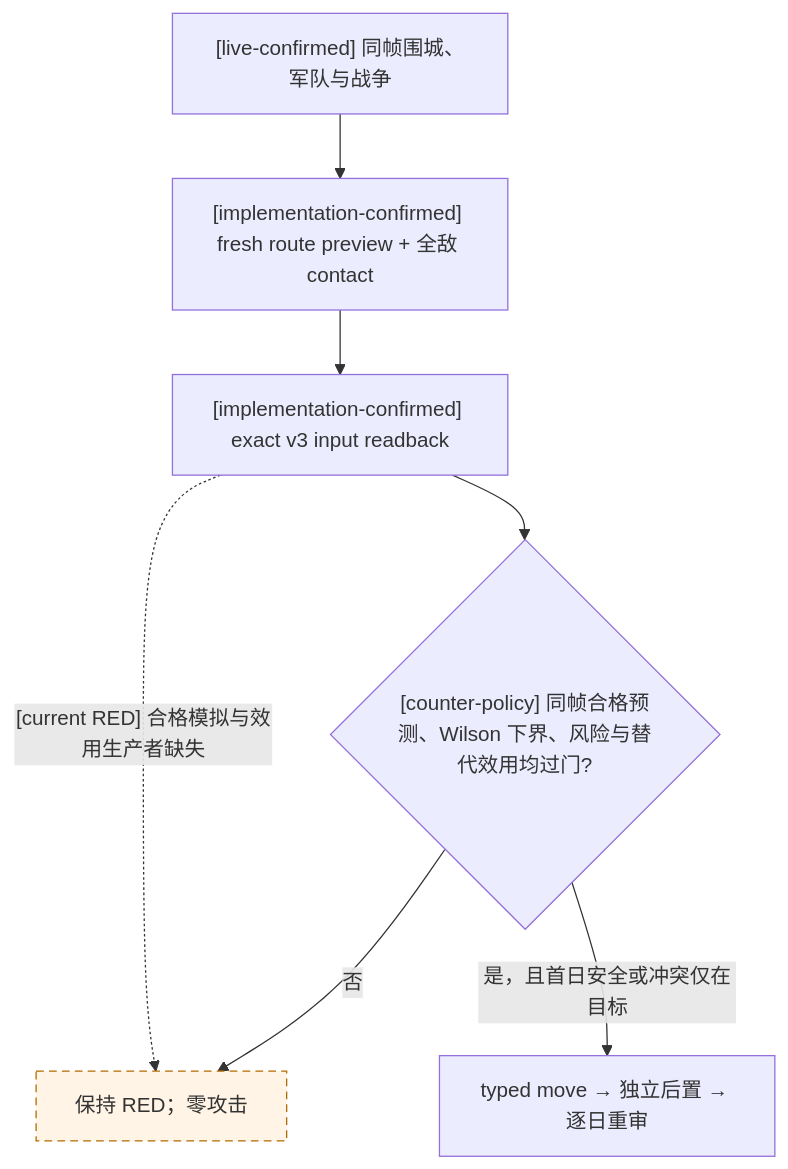
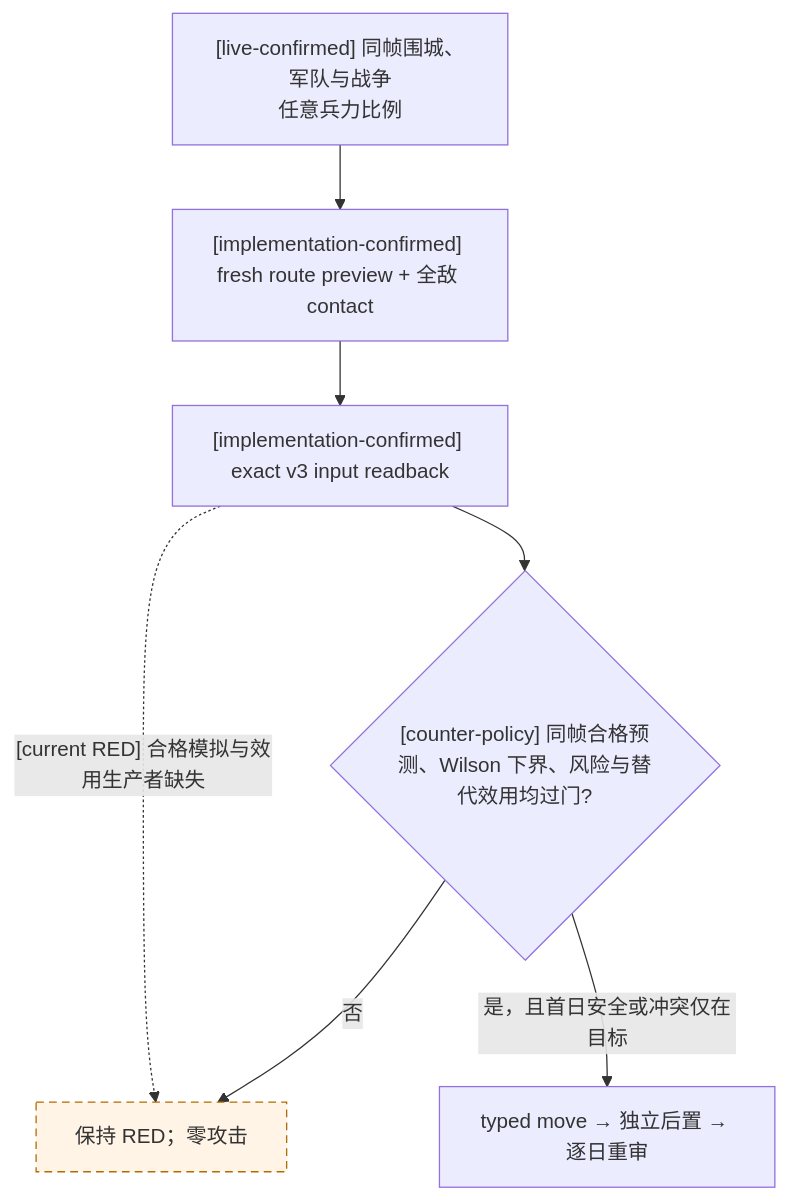
One commit to XenoAmess/ck3_eternal_recurrence changed diagram 12 of 12 in docs/ck3-native-ai/player-counterpolicy.md. Above: the diagram before and after it, drawn with Mermaid. The commit also changed other lines of this file and 3 other files, not shown here.

````diff
--- a/docs/ck3-native-ai/player-counterpolicy.md
+++ b/docs/ck3-native-ai/player-counterpolicy.md
@@ -855,11 +859,11 @@
 ```mermaid
 flowchart TD
-    S["[live-confirmed] 同帧围城、军队与战争"] --> R["[implementation-confirmed] fresh route preview + 全敌 contact"]
+    S["[live-confirmed] 同帧围城、军队与战争<br/>任意兵力比例"] --> R["[implementation-confirmed] fresh route preview + 全敌 contact"]
     R --> V["[implementation-confirmed] exact v3 input readback"]
     V -. "[current RED] 合格模拟与效用生产者缺失" .-> U["保持 RED；零攻击"]
     V --> Q{"[counter-policy] 同帧合格预测、Wilson 下界、风险与替代效用均过门?"}
     Q -->|否| U
     Q -->|是，且首日安全或冲突仅在目标| M["typed move → 独立后置 → 逐日重审"]
     classDef unknown stroke-dasharray: 6 4,fill:#fff4e5,stroke:#b36b00;
     class U unknown;
 ```
````
